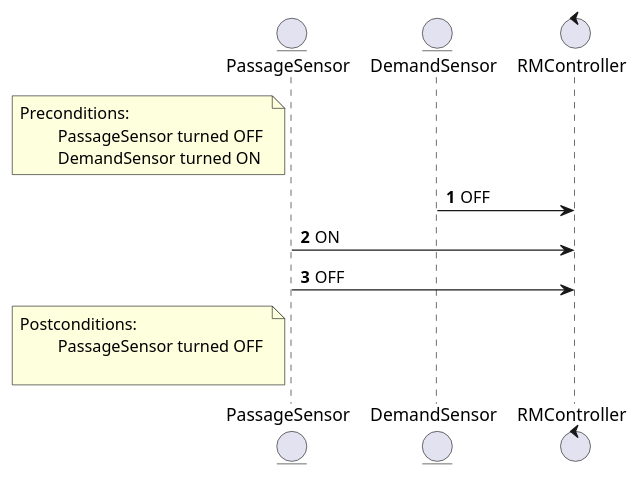
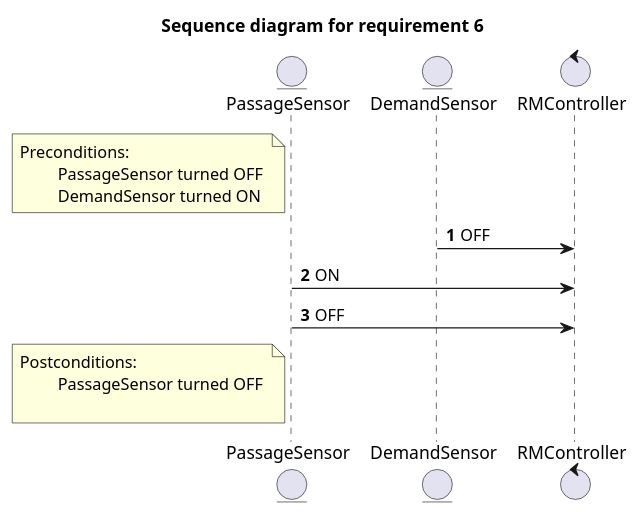
One commit to MaksimKarnaukh/MoSIS changed the diagram in 01_RequirementsChecking/sequence_diagram_req6.puml. Above: the diagram before and after it, drawn with PlantUML.

Commit message:
title seq 6

```diff
--- a/01_RequirementsChecking/sequence_diagram_req6.puml
+++ b/01_RequirementsChecking/sequence_diagram_req6.puml
@@ -1,20 +1,21 @@
 @startuml
 autonumber
 
 '6) The passage sensor can only be turned ON once a car leaves the demand
 'sensor shifting from ON to OFF. Another car can only turn the
 'passage sensor ON once it has been turned OFF (the previous car joined the mainline).
+title "Sequence diagram for requirement 6"
 
 entity PassageSensor as PS
 entity DemandSensor as DS
 control RMController as RMC
 
 note left of PS : Preconditions:\n\t PassageSensor turned OFF \n\t DemandSensor turned ON
 
 DS -> RMC : OFF
 PS -> RMC : ON
 PS -> RMC : OFF
 
 note left of PS : Postconditions:\n\t PassageSensor turned OFF \n\t
 
 @enduml
```
